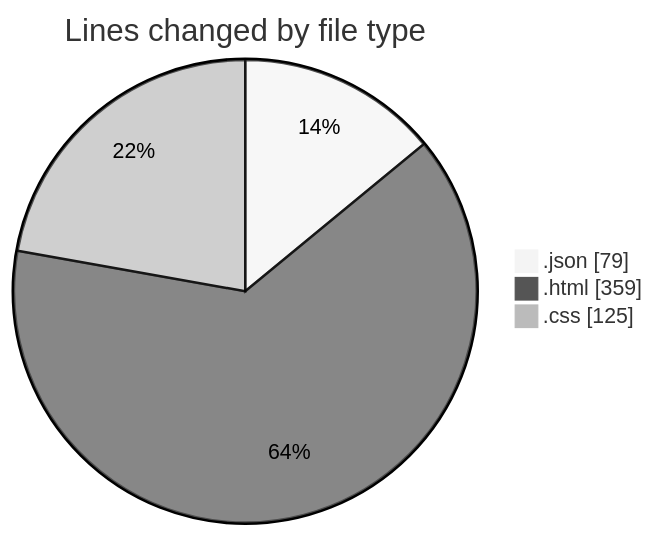
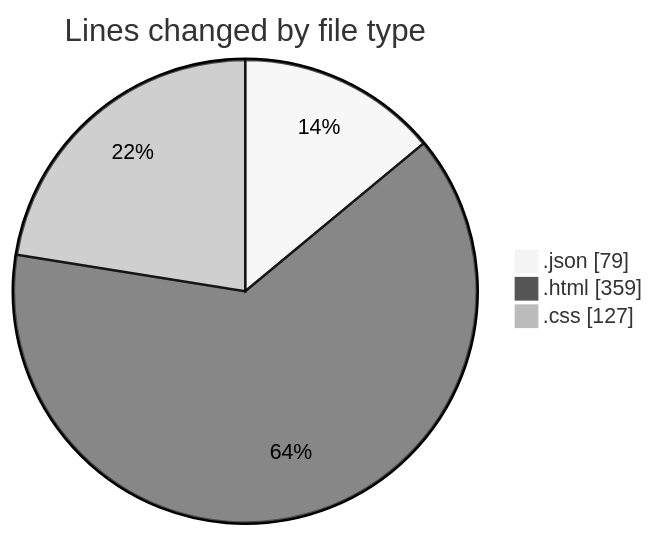
The first of 2 diagrams in 2025-08-31/abc/README.md (IJAZ3593/code-tracking), drawn with Mermaid (neutral theme) before and after one commit. The commit also changed other lines of this file and 1 other file, not shown here.

````diff
--- a/2025-08-31/abc/README.md
+++ b/2025-08-31/abc/README.md
@@ -22,7 +22,7 @@
 ```mermaid
 pie showData
 title Lines changed by file type
 ".json" : 79
 ".html" : 359
-".css" : 125
+".css" : 127
 ```
````
